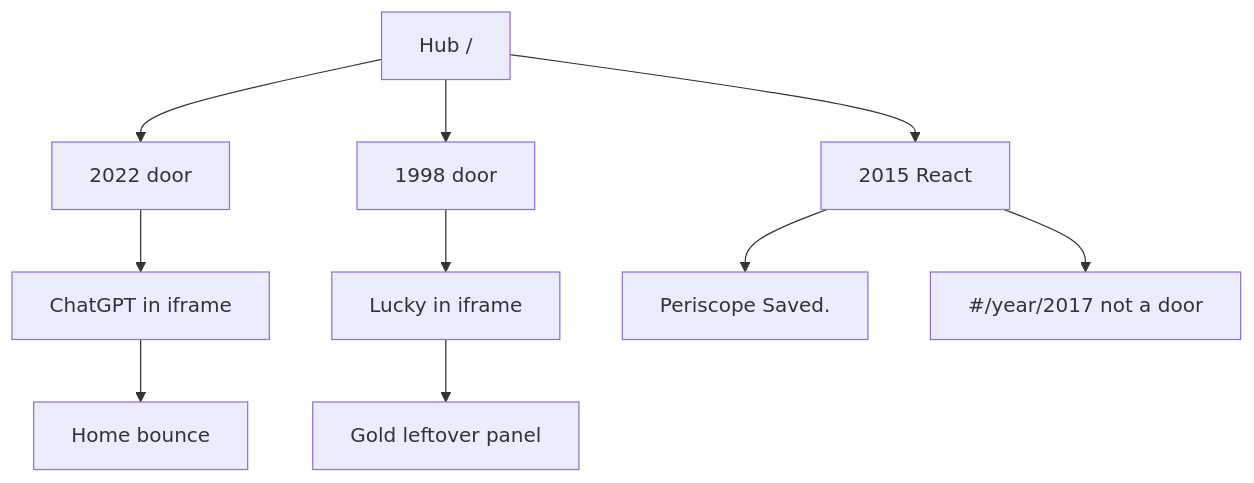
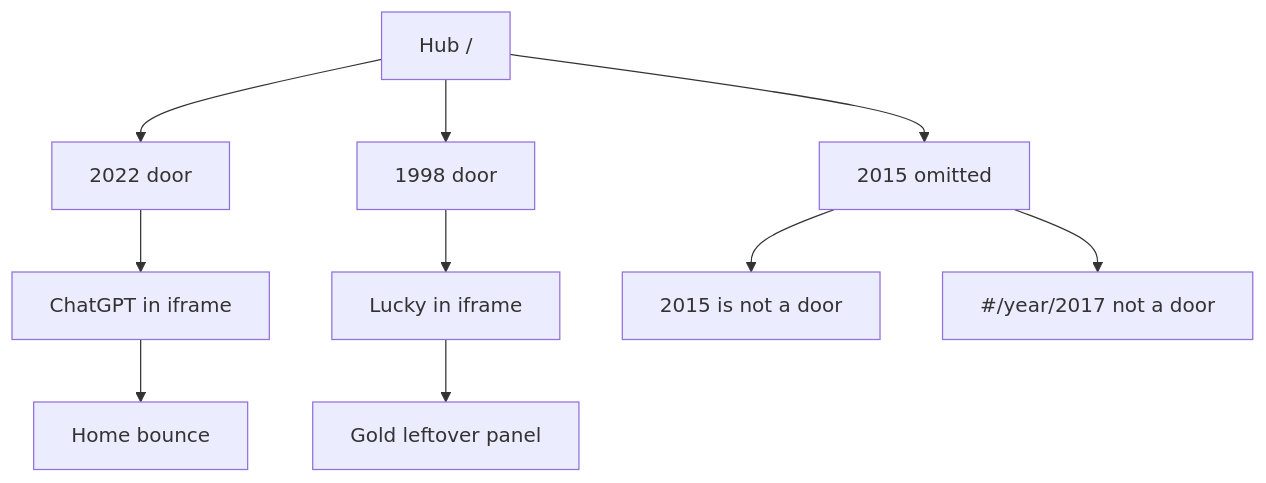
One commit to sourabhligade/internet-through-time changed the second of 2 diagrams in docs/PHASE-SCAN.md. Above: the diagram before and after it, drawn with Mermaid. The commit also changed other lines of this file and 273 other files, not shown here.

````diff
--- a/docs/PHASE-SCAN.md
+++ b/docs/PHASE-SCAN.md
@@ -359,12 +357,12 @@
 ```mermaid
 flowchart TD
   hub["Hub /"] --> y22["2022 door"]
   hub --> y98["1998 door"]
-  hub --> y15["2015 React"]
+  hub --> y15["2015 omitted"]
   y22 --> gpt["ChatGPT in iframe"]
   gpt --> home["Home bounce"]
   y98 --> lucky["Lucky in iframe"]
   lucky --> gold["Gold leftover panel"]
-  y15 --> peri["Periscope Saved."]
+  y15 --> peri["2015 is not a door"]
   y15 --> y17["#/year/2017 not a door"]
 ```
````
